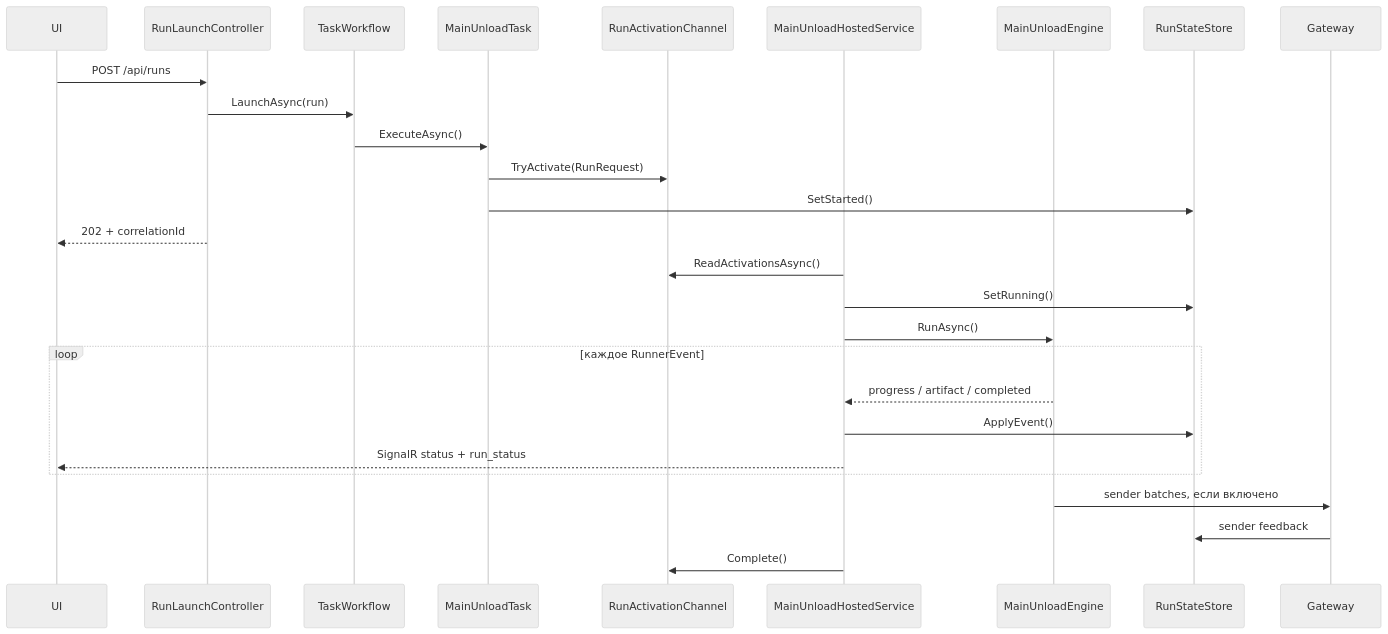
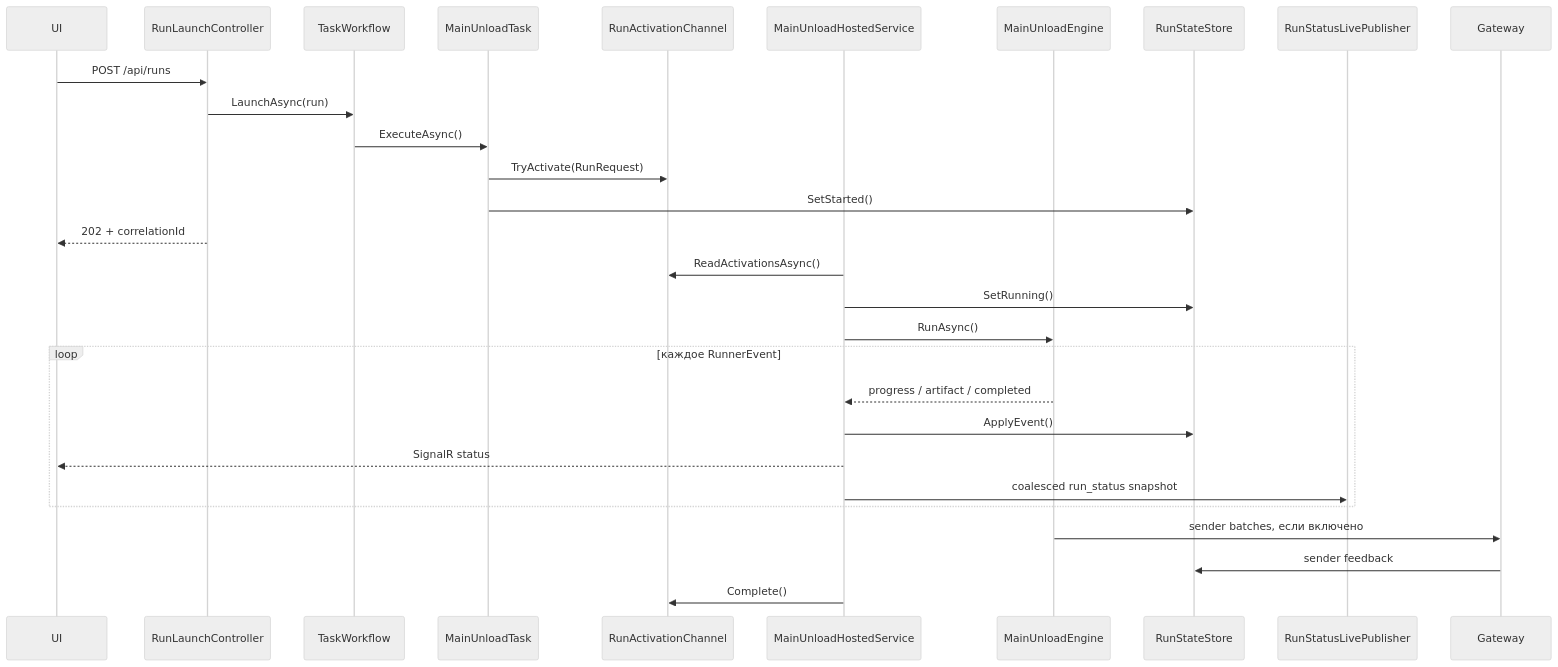
One commit to Dehydrohaloalkan/unload changed the fourth of 5 diagrams in docs/ARCHITECTURE.md. Above: the diagram before and after it, drawn with Mermaid (neutral theme). The commit also changed other lines of this file and 24 other files, not shown here.

Commit message:
feat: track sender files and coalesce live status

````diff
--- a/docs/ARCHITECTURE.md
+++ b/docs/ARCHITECTURE.md
@@ -299,31 +299,33 @@
 ```mermaid
 sequenceDiagram
     participant UI
     participant API as RunLaunchController
     participant WF as TaskWorkflow
     participant Task as MainUnloadTask
     participant Channel as RunActivationChannel
     participant Worker as MainUnloadHostedService
     participant Engine as MainUnloadEngine
     participant State as RunStateStore
+    participant Live as RunStatusLivePublisher
     participant Gateway
 
     UI->>API: POST /api/runs
     API->>WF: LaunchAsync(run)
     WF->>Task: ExecuteAsync()
     Task->>Channel: TryActivate(RunRequest)
     Task->>State: SetStarted()
     API-->>UI: 202 + correlationId
 
     Worker->>Channel: ReadActivationsAsync()
     Worker->>State: SetRunning()
     Worker->>Engine: RunAsync()
     loop каждое RunnerEvent
         Engine-->>Worker: progress / artifact / completed
         Worker->>State: ApplyEvent()
-        Worker-->>UI: SignalR status + run_status
+        Worker-->>UI: SignalR status
+        Worker->>Live: coalesced run_status snapshot
     end
     Engine->>Gateway: sender batches, если включено
     Gateway->>State: sender feedback
     Worker->>Channel: Complete()
 ```
````
